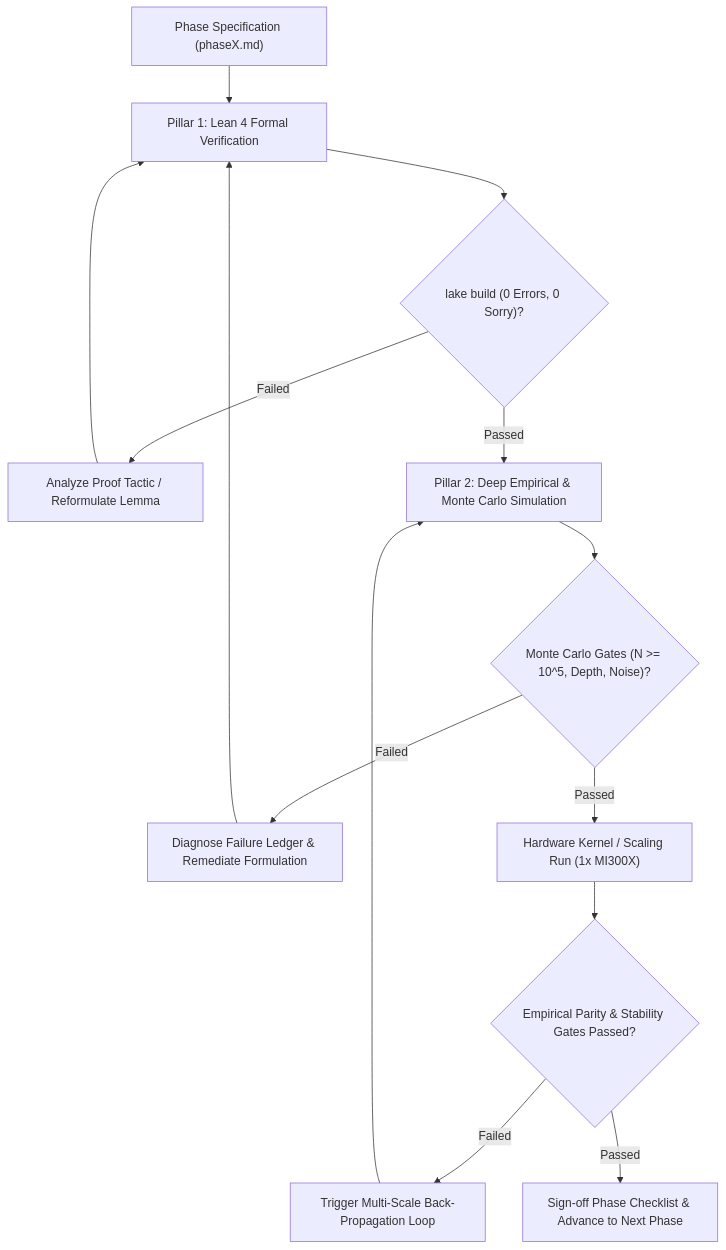
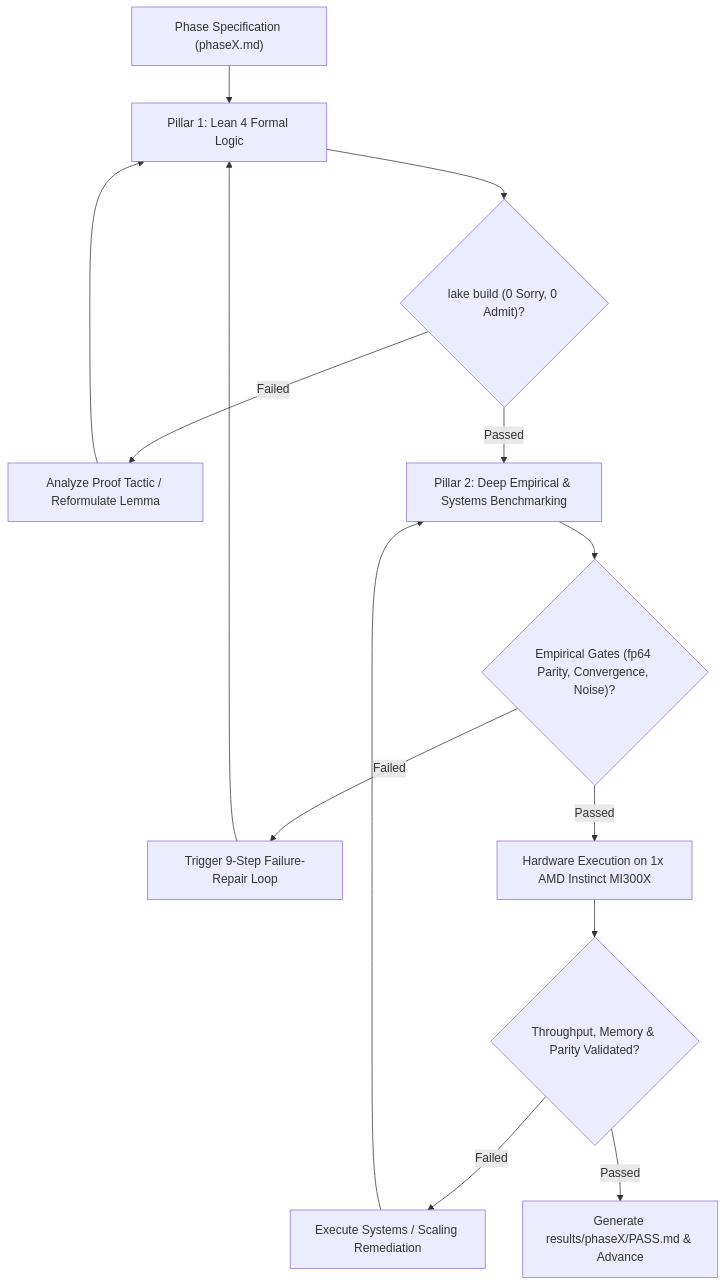
Before and after one commit to tasmaikeni13/algebraic-intelligence: the diagram in phases/README.md, drawn with Mermaid. The commit also changed other lines of this file and 33 other files, not shown here.

````diff
--- a/phases/README.md
+++ b/phases/README.md
@@ -31,16 +62,16 @@
 ```mermaid
 graph TD
-    A["Phase Specification (phaseX.md)"] --> B["Pillar 1: Lean 4 Formal Verification"]
-    B --> C{"lake build (0 Errors, 0 Sorry)?"}
+    A["Phase Specification (phaseX.md)"] --> B["Pillar 1: Lean 4 Formal Logic"]
+    B --> C{"lake build (0 Sorry, 0 Admit)?"}
     C -- "Failed" --> D["Analyze Proof Tactic / Reformulate Lemma"]
     D --> B
-    C -- "Passed" --> E["Pillar 2: Deep Empirical & Monte Carlo Simulation"]
-    E --> F{"Monte Carlo Gates (N >= 10^5, Depth, Noise)?"}
-    F -- "Failed" --> G["Diagnose Failure Ledger & Remediate Formulation"]
+    C -- "Passed" --> E["Pillar 2: Deep Empirical & Systems Benchmarking"]
+    E --> F{"Empirical Gates (fp64 Parity, Convergence, Noise)?"}
+    F -- "Failed" --> G["Trigger 9-Step Failure-Repair Loop"]
     G --> B
-    F -- "Passed" --> H["Hardware Kernel / Scaling Run (1x MI300X)"]
-    H --> I{"Empirical Parity & Stability Gates Passed?"}
-    I -- "Failed" --> J["Trigger Multi-Scale Back-Propagation Loop"]
+    F -- "Passed" --> H["Hardware Execution on 1x AMD Instinct MI300X"]
+    H --> I{"Throughput, Memory & Parity Validated?"}
+    I -- "Failed" --> J["Execute Systems / Scaling Remediation"]
     J --> E
-    I -- "Passed" --> K["Sign-off Phase Checklist & Advance to Next Phase"]
+    I -- "Passed" --> K["Generate results/phaseX/PASS.md & Advance"]
 ```
````
